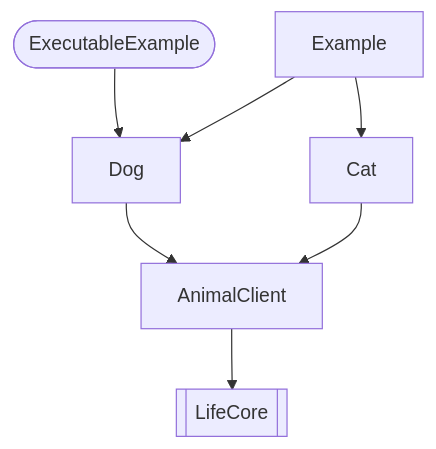
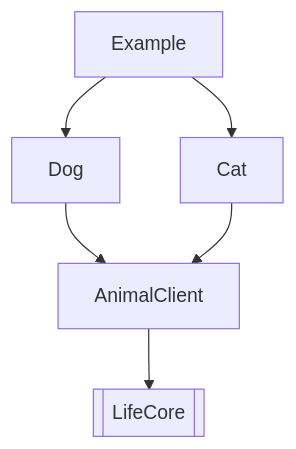
One commit to daikimat/depermaid changed the fourth of 5 diagrams in README.md. Above: the diagram before and after it, drawn with Mermaid. The commit also changed other lines of this file and 1 other file, not shown here.

Commit message:
Update Example

````diff
--- a/README.md
+++ b/README.md
@@ -73,14 +87,12 @@
 ```mermaid
 flowchart TD
-    ExecutableExample([ExecutableExample])
-    ExecutableExample-->Dog
     Example
     Example-->Cat
     Example-->Dog
     Dog
     Dog-->AnimalClient
     Cat
     Cat-->AnimalClient
     AnimalClient
     AnimalClient-->LifeCore[[LifeCore]]
 ```
````
